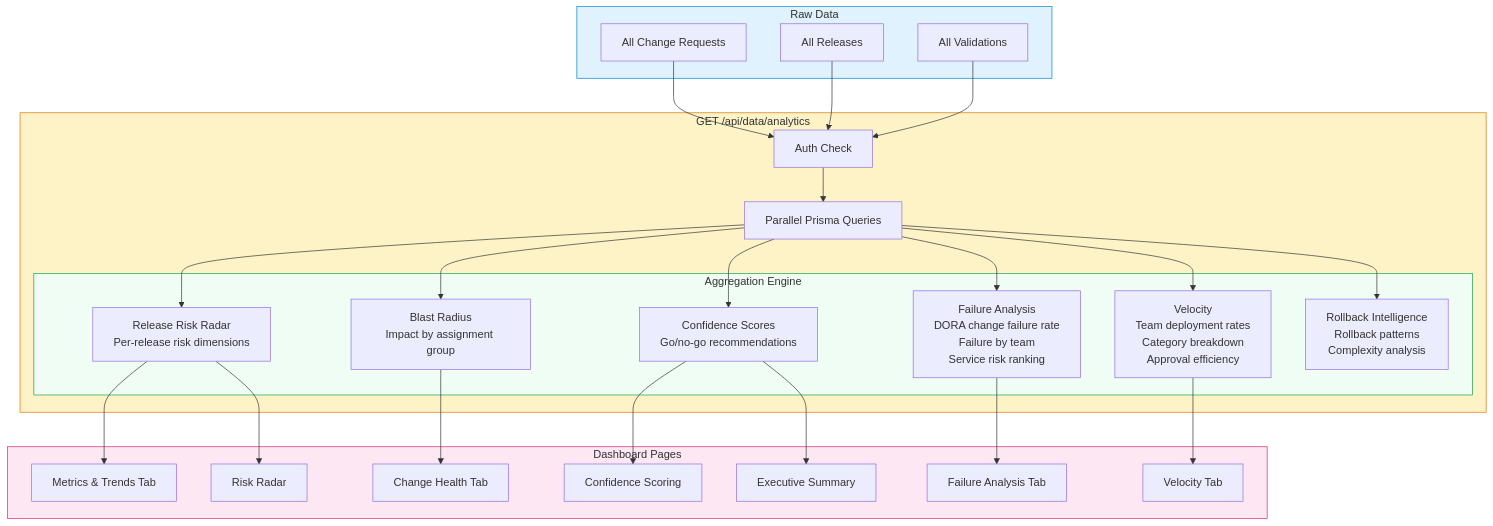
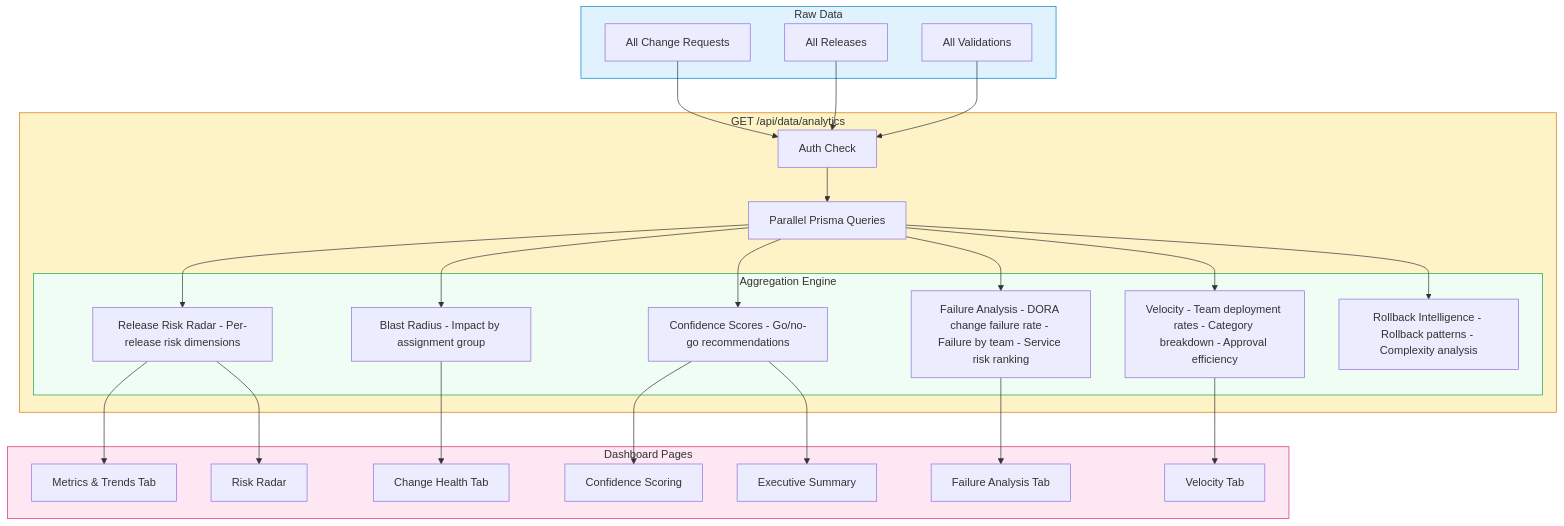
The fourth of 6 diagrams in docs/CHANGE_MANAGEMENT_ARCHITECTURE.md (jj-shen99/changefabric), drawn with Mermaid before and after one commit. The commit also changed other lines of this file and 10 other files, not shown here.

First line of the commit message:
Fix Mermaid syntax errors, update all docs to v1.3.0

````diff
--- a/docs/CHANGE_MANAGEMENT_ARCHITECTURE.md
+++ b/docs/CHANGE_MANAGEMENT_ARCHITECTURE.md
@@ -191,56 +191,56 @@
 ```mermaid
 flowchart TB
     subgraph Input["Raw Data"]
         CRS[All Change Requests]
         RELS[All Releases]
         VALS[All Validations]
     end
 
     subgraph Analytics["GET /api/data/analytics"]
         AUTH[Auth Check]
         QUERY[Parallel Prisma Queries]
         
         subgraph Aggregation["Aggregation Engine"]
-            RRR[Release Risk Radar<br/>Per-release risk dimensions]
-            BR[Blast Radius<br/>Impact by assignment group]
-            CS[Confidence Scores<br/>Go/no-go recommendations]
-            FA[Failure Analysis<br/>DORA change failure rate<br/>Failure by team<br/>Service risk ranking]
-            VEL[Velocity<br/>Team deployment rates<br/>Category breakdown<br/>Approval efficiency]
-            RI[Rollback Intelligence<br/>Rollback patterns<br/>Complexity analysis]
+            RRR[Release Risk Radar - Per-release risk dimensions]
+            BR[Blast Radius - Impact by assignment group]
+            CS[Confidence Scores - Go/no-go recommendations]
+            FA[Failure Analysis - DORA change failure rate - Failure by team - Service risk ranking]
+            VEL[Velocity - Team deployment rates - Category breakdown - Approval efficiency]
+            RI[Rollback Intelligence - Rollback patterns - Complexity analysis]
         end
     end
 
     subgraph Pages["Dashboard Pages"]
         AN_FA[Failure Analysis Tab]
         AN_VE[Velocity Tab]
         AN_MT[Metrics & Trends Tab]
         AN_CH[Change Health Tab]
         EXE[Executive Summary]
         RISK[Risk Radar]
         CONF[Confidence Scoring]
     end
 
     CRS --> AUTH
     RELS --> AUTH
     VALS --> AUTH
     AUTH --> QUERY
     QUERY --> RRR
     QUERY --> BR
     QUERY --> CS
     QUERY --> FA
     QUERY --> VEL
     QUERY --> RI
 
     FA --> AN_FA
     VEL --> AN_VE
     RRR --> AN_MT
     BR --> AN_CH
     CS --> CONF
     RRR --> RISK
     CS --> EXE
 
     style Input fill:#e0f2fe,stroke:#0284c7
     style Analytics fill:#fef3c7,stroke:#d97706
     style Aggregation fill:#f0fdf4,stroke:#16a34a
     style Pages fill:#fce7f3,stroke:#db2777
 ```
````
